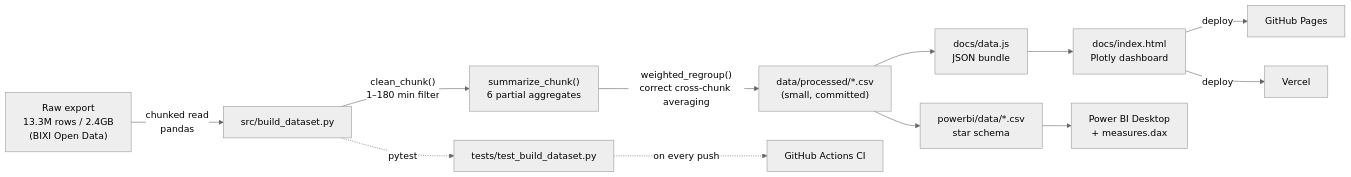
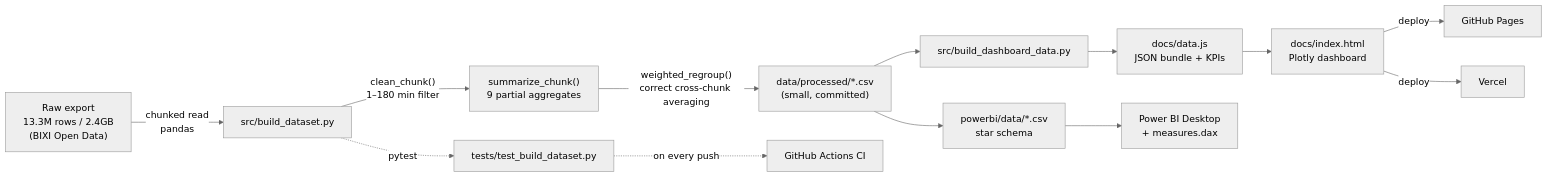
Before and after one commit to fhm-nzh/bixi-montreal-analysis: the diagram in README.md, drawn with Mermaid (neutral theme). The commit also changed other lines of this file and 12 other files, not shown here.

````diff
--- a/README.md
+++ b/README.md
@@ -57,14 +122,15 @@
 ```mermaid
 flowchart LR
     A["Raw export\n13.3M rows / 2.4GB\n(BIXI Open Data)"] -->|"chunked read\npandas"| B["src/build_dataset.py"]
-    B -->|"clean_chunk()\n1–180 min filter"| C["summarize_chunk()\n6 partial aggregates"]
+    B -->|"clean_chunk()\n1–180 min filter"| C["summarize_chunk()\n9 partial aggregates"]
     C -->|"weighted_regroup()\ncorrect cross-chunk averaging"| D["data/processed/*.csv\n(small, committed)"]
-    D --> E["docs/data.js\nJSON bundle"]
+    D --> E["src/build_dashboard_data.py"]
     D --> F["powerbi/data/*.csv\nstar schema"]
-    E --> G["docs/index.html\nPlotly dashboard"]
-    G -->|deploy| H1["GitHub Pages"]
-    G -->|deploy| H2["Vercel"]
-    F --> I["Power BI Desktop\n+ measures.dax"]
+    E --> G["docs/data.js\nJSON bundle + KPIs"]
+    G --> H["docs/index.html\nPlotly dashboard"]
+    H -->|deploy| I1["GitHub Pages"]
+    H -->|deploy| I2["Vercel"]
+    F --> J["Power BI Desktop\n+ measures.dax"]
     B -.->|"pytest"| T["tests/test_build_dataset.py"]
     T -.->|"on every push"| CI["GitHub Actions CI"]
 ```
````
